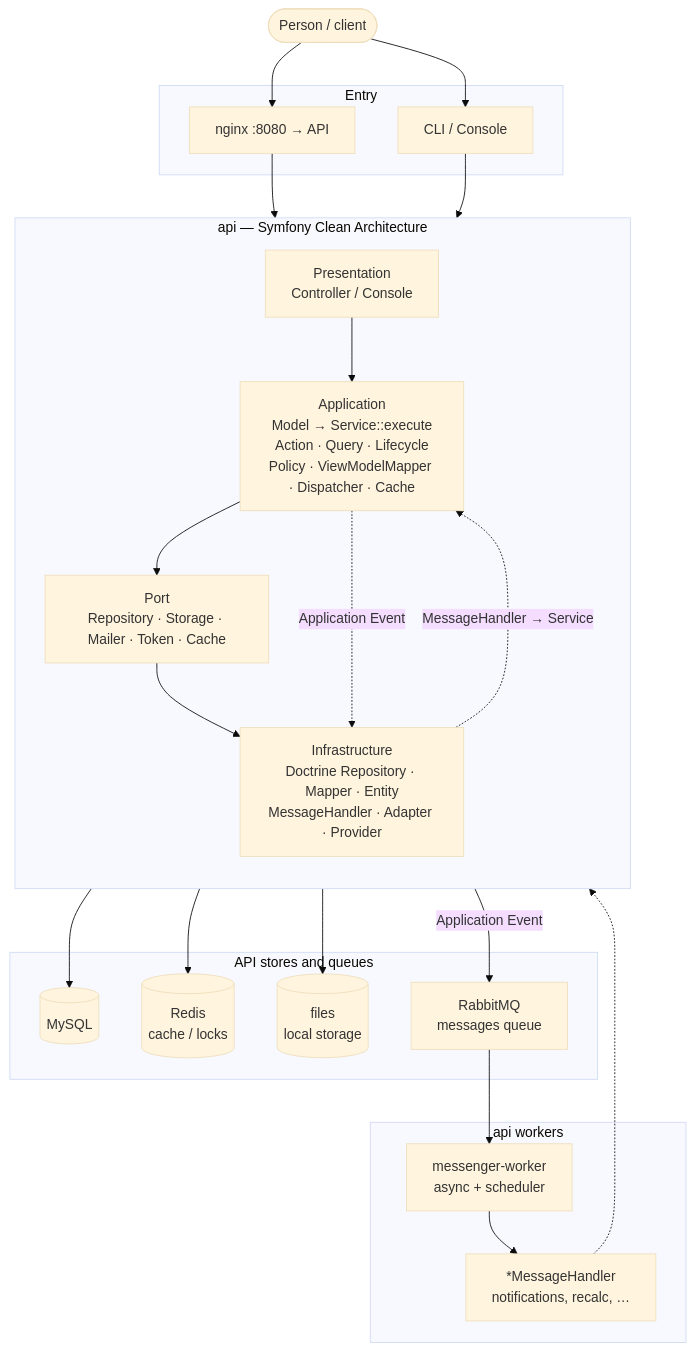
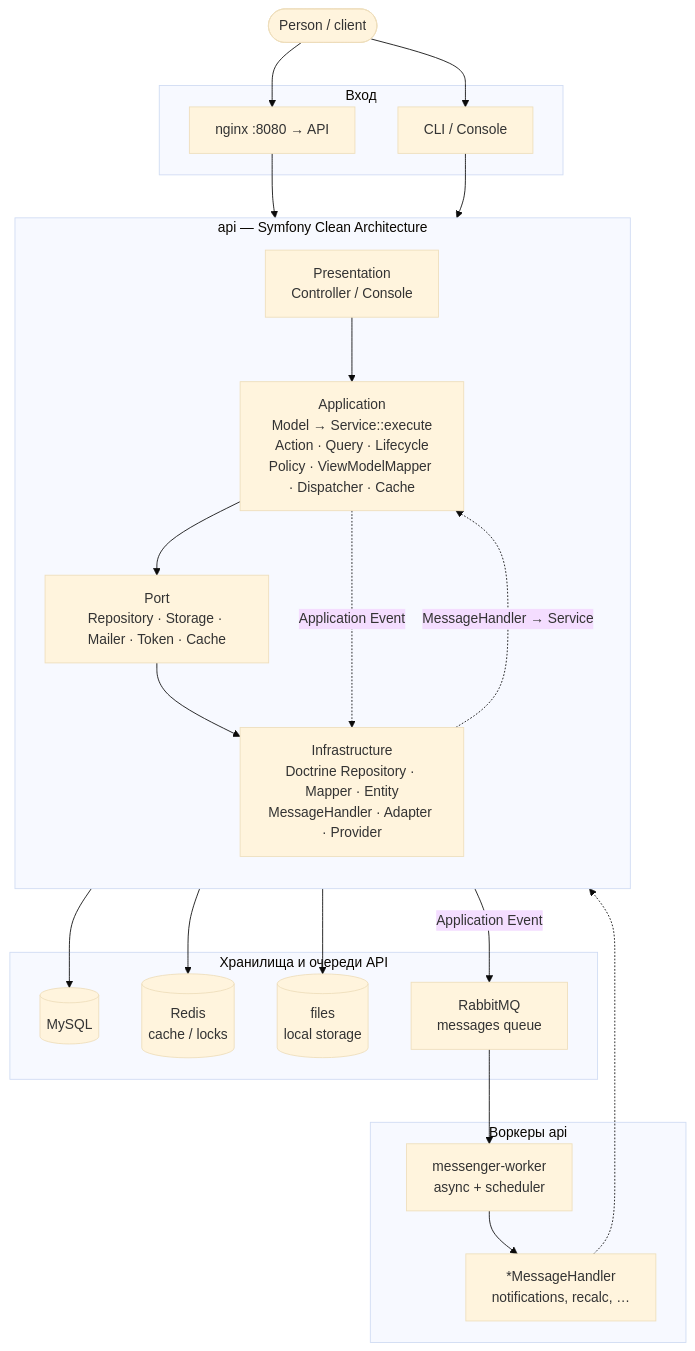
One commit to Kanunik71/php-sym-cln-arch-simple changed the diagram in README.md. Above: the diagram before and after it, drawn with Mermaid (base theme). The commit also changed other lines of this file and 40 other files, not shown here.

````diff
--- a/README.md
+++ b/README.md
@@ -29,50 +139,50 @@
 ```mermaid
 flowchart TB
   Human([Person / client])
 
-  subgraph Edge["Entry"]
+  subgraph Edge["Вход"]
     NG8080["nginx :8080 → API"]
     CLI["CLI / Console"]
   end
 
   Human --> NG8080
   Human --> CLI
 
   subgraph API["api — Symfony Clean Architecture"]
     direction TB
     Pres["Presentation<br/>Controller / Console"]
     App["Application<br/>Model → Service::execute<br/>Action · Query · Lifecycle<br/>Policy · ViewModelMapper · Dispatcher · Cache"]
     Port["Port<br/>Repository · Storage · Mailer · Token · Cache"]
     Infra["Infrastructure<br/>Doctrine Repository · Mapper · Entity<br/>MessageHandler · Adapter · Provider"]
 
     Pres --> App
     App --> Port
     Port --> Infra
     App -.->|Application Event| Infra
     Infra -.->|MessageHandler → Service| App
   end
 
   NG8080 --> Pres
   CLI --> Pres
 
-  subgraph InfraStore["API stores and queues"]
+  subgraph InfraStore["Хранилища и очереди API"]
     MySQL[(MySQL)]
     Redis[(Redis<br/>cache / locks)]
     FS[("files<br/>local storage")]
     RMQ_async["RabbitMQ<br/>messages queue"]
   end
 
   Infra --> MySQL
   Infra --> Redis
   Infra --> FS
   Infra -->|Application Event| RMQ_async
 
-  subgraph WorkersAPI["api workers"]
+  subgraph WorkersAPI["Воркеры api"]
     MW["messenger-worker<br/>async + scheduler"]
     SideFx["*MessageHandler<br/>notifications, recalc, …"]
   end
 
   RMQ_async --> MW
   MW --> SideFx
   SideFx -.-> App
 ```
````
